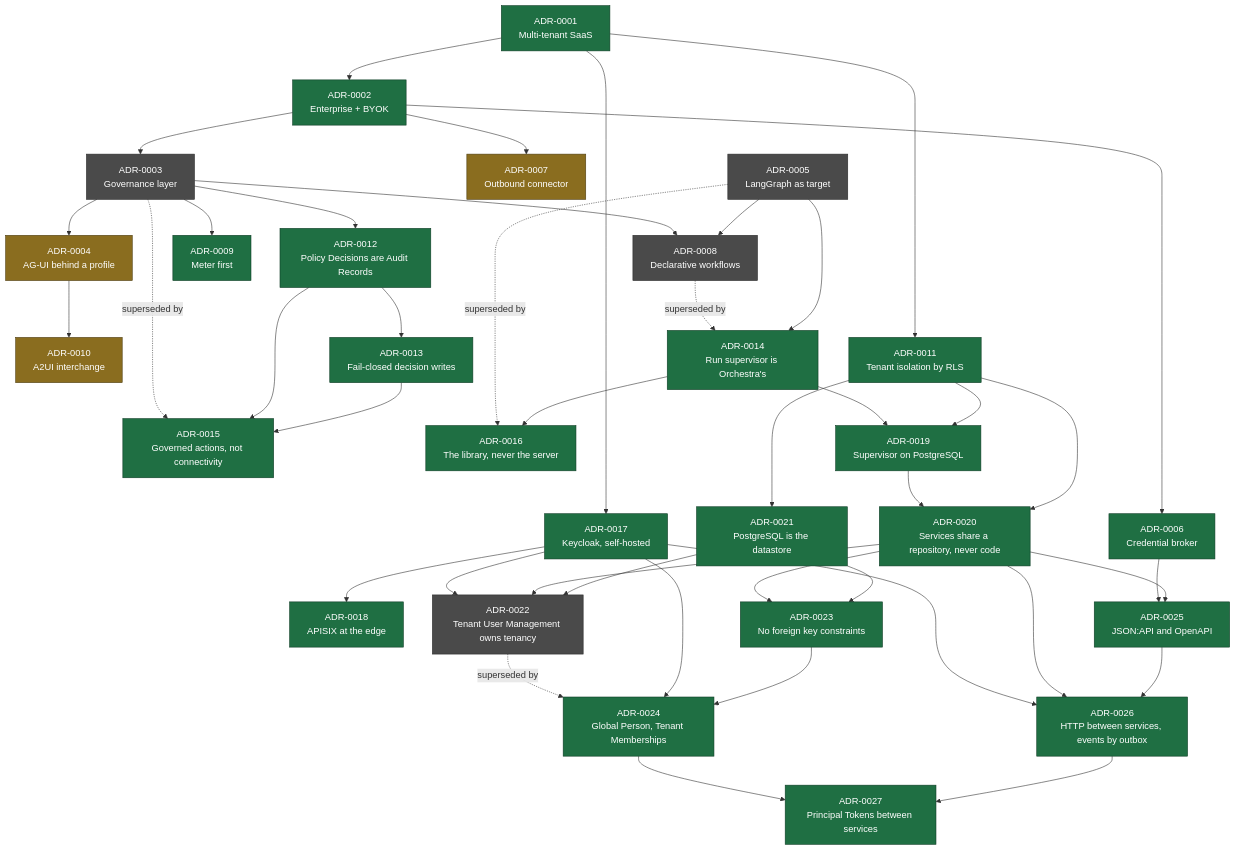
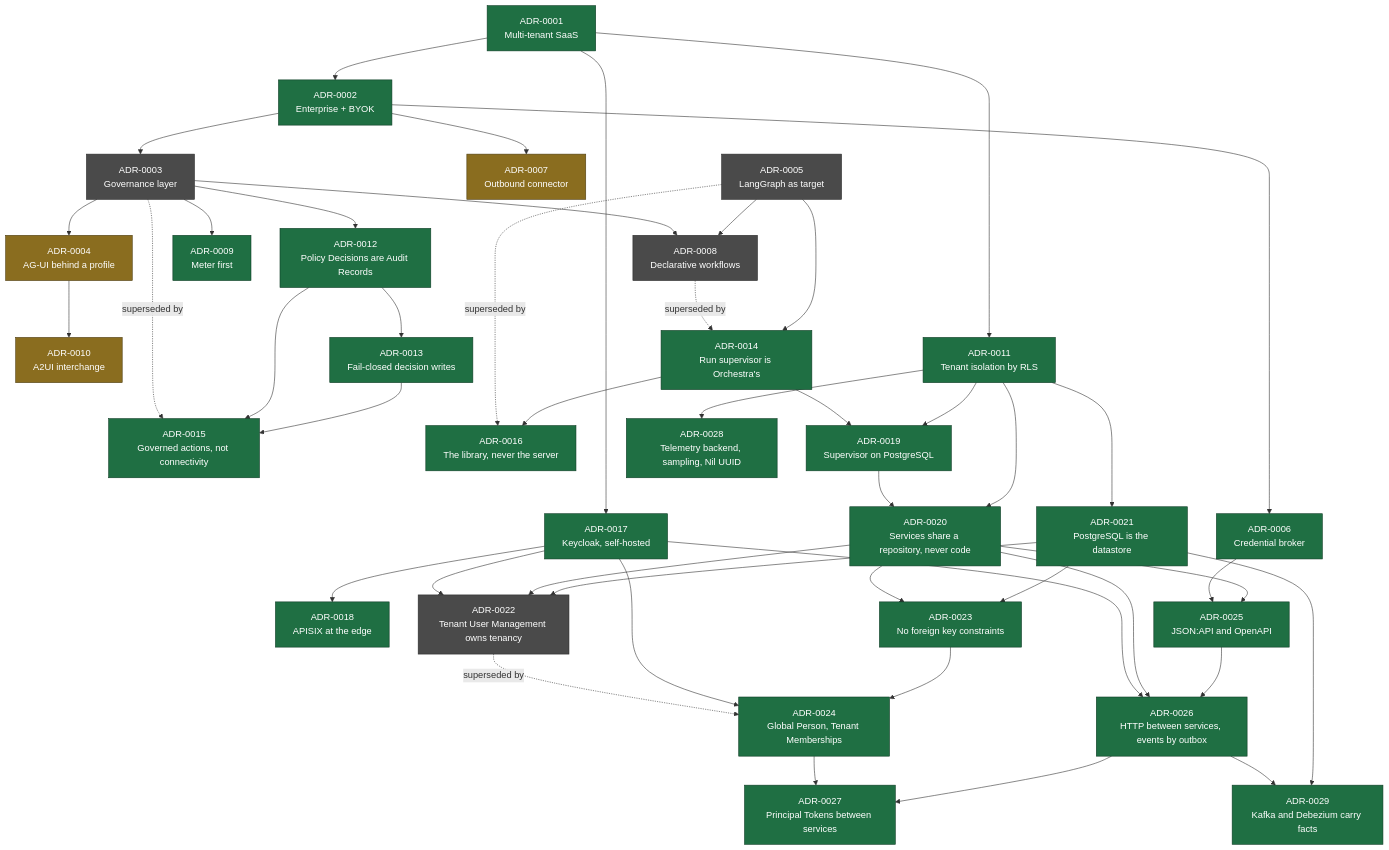
The diagram in docs/adr/README.md (ayesigapaul/orchestra), drawn with Mermaid before and after one commit. The commit also changed other lines of this file and 15 other files, not shown here.

First line of the commit message:
adr(adr): Decide telemetry's backend, sampling and tenant field, and Kafka as the outbox transport (#67)

````diff
--- a/docs/adr/README.md
+++ b/docs/adr/README.md
@@ -60,51 +62,54 @@
 ```mermaid
 flowchart TD
   A1["ADR-0001<br/>Multi-tenant SaaS"] --> A2["ADR-0002<br/>Enterprise + BYOK"]
   A2 --> A3["ADR-0003<br/>Governance layer"]
   A2 --> A6["ADR-0006<br/>Credential broker"]
   A2 --> A7["ADR-0007<br/>Outbound connector"]
   A3 --> A4["ADR-0004<br/>AG-UI behind a profile"]
   A3 --> A8["ADR-0008<br/>Declarative workflows"]
   A3 --> A9["ADR-0009<br/>Meter first"]
   A5["ADR-0005<br/>LangGraph as target"] --> A8
   A4 --> A10["ADR-0010<br/>A2UI interchange"]
   A1 --> A11["ADR-0011<br/>Tenant isolation by RLS"]
   A3 --> A12["ADR-0012<br/>Policy Decisions are Audit Records"]
   A12 --> A13["ADR-0013<br/>Fail-closed decision writes"]
   A8 -.->|superseded by| A14["ADR-0014<br/>Run supervisor is Orchestra's"]
   A5 --> A14
   A3 -.->|superseded by| A15["ADR-0015<br/>Governed actions, not connectivity"]
   A12 --> A15
   A13 --> A15
   A5 -.->|superseded by| A16["ADR-0016<br/>The library, never the server"]
   A14 --> A16
   A1 --> A17["ADR-0017<br/>Keycloak, self-hosted"]
   A17 --> A18["ADR-0018<br/>APISIX at the edge"]
   A14 --> A19["ADR-0019<br/>Supervisor on PostgreSQL"]
   A11 --> A19
   A19 --> A20["ADR-0020<br/>Services share a repository, never code"]
   A11 --> A20
   A11 --> A21["ADR-0021<br/>PostgreSQL is the datastore"]
   A17 --> A22["ADR-0022<br/>Tenant User Management owns tenancy"]
   A20 --> A22
   A21 --> A22
   A20 --> A23["ADR-0023<br/>No foreign key constraints"]
   A21 --> A23
   A22 -.->|superseded by| A24["ADR-0024<br/>Global Person, Tenant Memberships"]
   A17 --> A24
   A23 --> A24
   A6 --> A25["ADR-0025<br/>JSON:API and OpenAPI"]
   A20 --> A25
   A17 --> A26["ADR-0026<br/>HTTP between services, events by outbox"]
   A20 --> A26
   A25 --> A26
   A24 --> A27["ADR-0027<br/>Principal Tokens between services"]
   A26 --> A27
+  A11 --> A28["ADR-0028<br/>Telemetry backend, sampling, Nil UUID"]
+  A26 --> A29["ADR-0029<br/>Kafka and Debezium carry facts"]
+  A21 --> A29
 
   classDef accepted fill:#1f6f43,stroke:#0d3b24,color:#fff;
   classDef proposed fill:#8a6d1f,stroke:#4d3c10,color:#fff;
   classDef superseded fill:#4a4a4a,stroke:#2a2a2a,color:#fff;
-  class A1,A2,A6,A9,A11,A12,A13,A14,A15,A16,A17,A18,A19,A20,A21,A23,A24,A25,A26,A27 accepted;
+  class A1,A2,A6,A9,A11,A12,A13,A14,A15,A16,A17,A18,A19,A20,A21,A23,A24,A25,A26,A27,A28,A29 accepted;
   class A4,A7,A10 proposed;
   class A3,A5,A8,A22 superseded;
 ```
````
